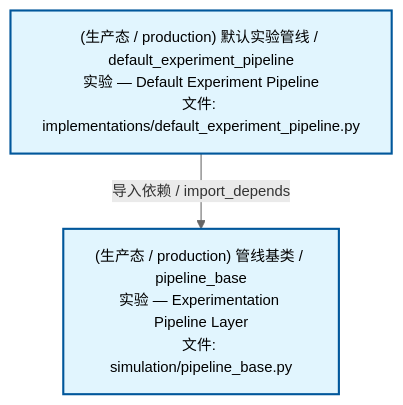
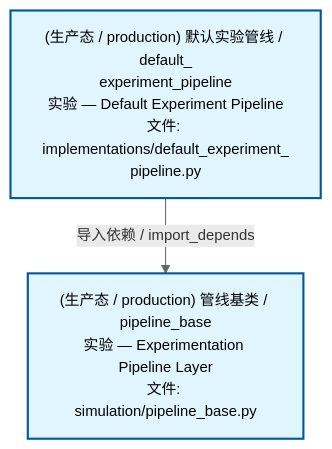
Before and after one commit to xuanFelixVan/ZephyrAlpha: the second of 4 diagrams in docs/02_enterprise_architecture/02_domain_architecture_docs/70_d_simulation.md, drawn with Mermaid. The commit also changed other lines of this file and 61 other files, not shown here.

````diff
--- a/docs/02_enterprise_architecture/02_domain_architecture_docs/70_d_simulation.md
+++ b/docs/02_enterprise_architecture/02_domain_architecture_docs/70_d_simulation.md
@@ -95,12 +95,12 @@
 ```mermaid
 %%{init: {'theme': 'base', 'themeVariables': {'primaryColor': '#eaeaea', 'primaryTextColor': '#333333', 'primaryBorderColor': '#666666', 'lineColor': '#666666', 'secondaryColor': '#eaeaea', 'tertiaryColor': '#eaeaea', 'fontSize': '14px'}}}%%
 flowchart TD
-    src_zephyr_simulation_implementations_default_experiment_pipeline_py["(生产态 / production) 默认实验管线 / default_experiment_pipeline<br/>实验 — Default Experiment Pipeline<br/>文件: implementations/default_experiment_pipeline.py"]
+    src_zephyr_simulation_implementations_default_experiment_pipeline_py["(生产态 / production) 默认实验管线 / default_<br/>experiment_pipeline<br/>实验 — Default Experiment Pipeline<br/>文件: implementations/default_experiment_<br/>pipeline.py"]
     src_zephyr_simulation_pipeline_base_py["(生产态 / production) 管线基类 / pipeline_base<br/>实验 — Experimentation Pipeline Layer<br/>文件: simulation/pipeline_base.py"]
     src_zephyr_simulation_implementations_default_experiment_pipeline_py -->|导入依赖 / import_depends| src_zephyr_simulation_pipeline_base_py
     classDef production fill:#e1f5fe,stroke:#01579b,stroke-width:2px,color:#000
     classDef design fill:#fff3e0,stroke:#e65100,stroke-width:2px,color:#000,stroke-dasharray: 5 5
     classDef external_prod fill:#e8f4fd,stroke:#0277bd,stroke-width:1px,color:#000
     classDef external_design fill:#fff8e7,stroke:#ef6c00,stroke-width:1px,color:#000,stroke-dasharray: 5 5
     class src_zephyr_simulation_implementations_default_experiment_pipeline_py,src_zephyr_simulation_pipeline_base_py production
 ```
````
